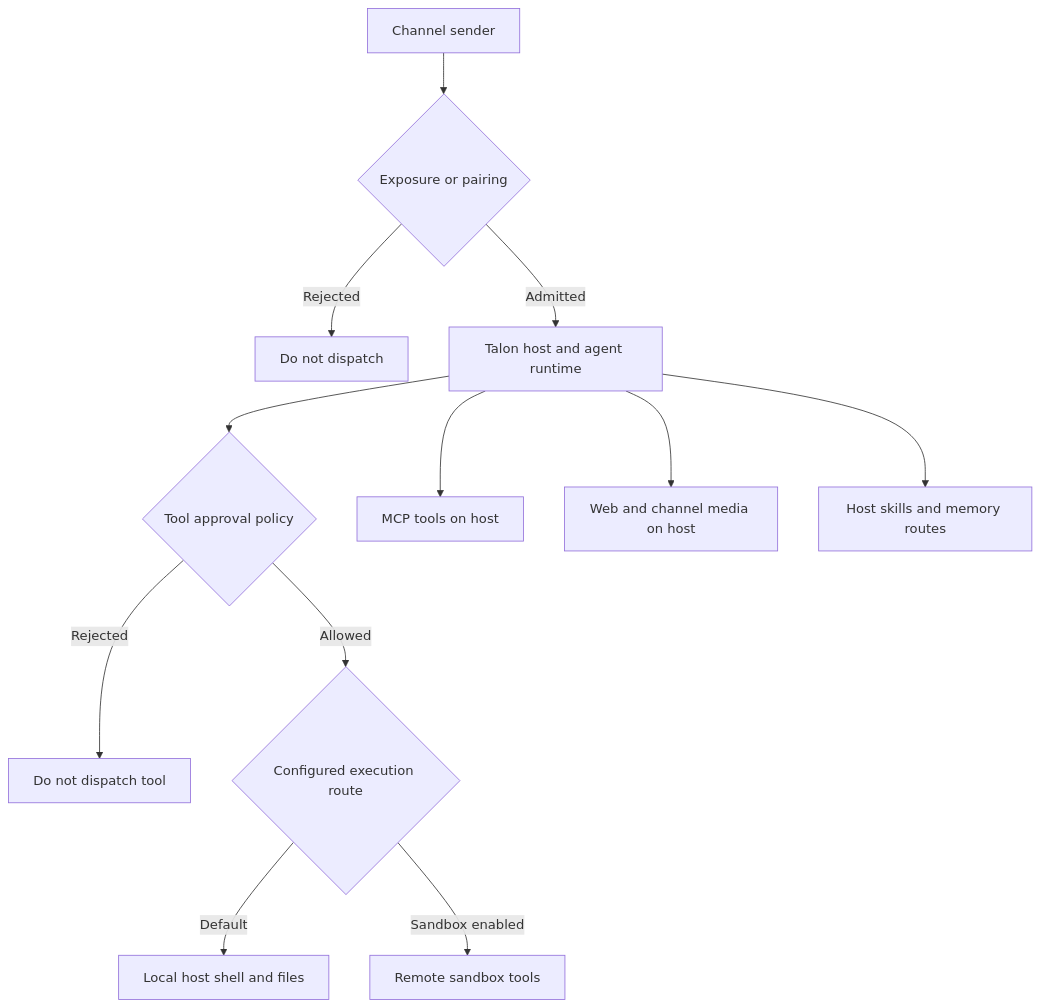
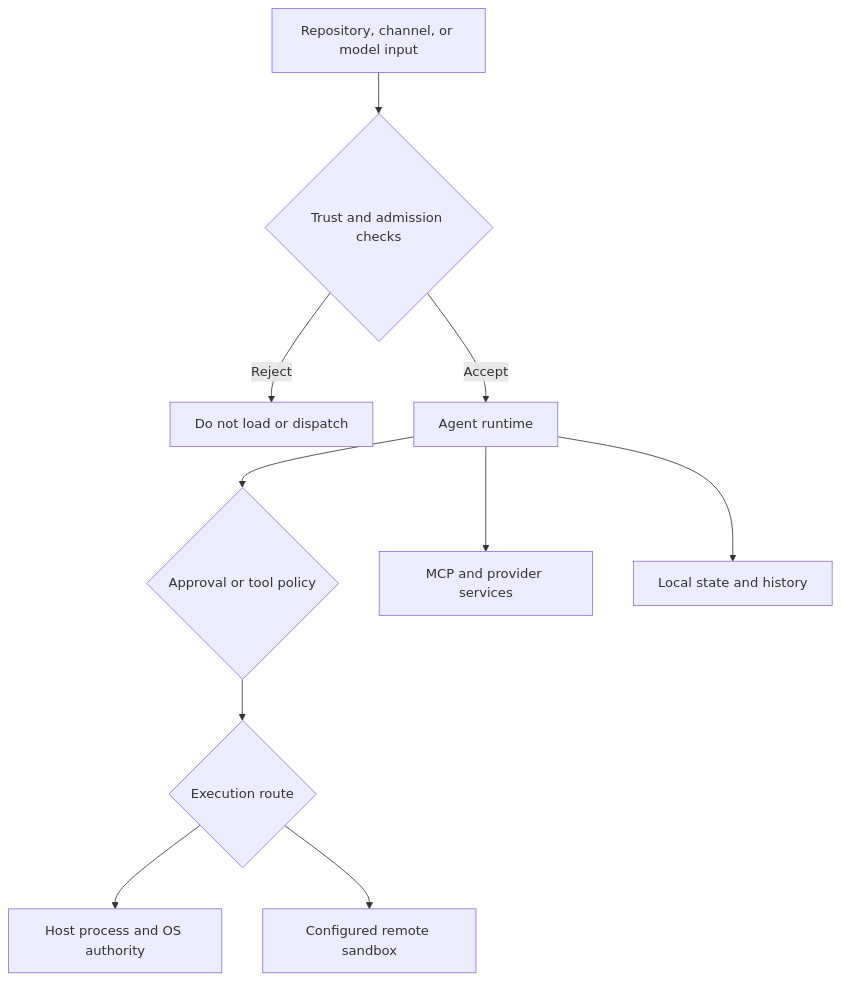
Before and after one commit to langchain-ai/deepagents: the diagram in openwiki/operations/security.md, drawn with Mermaid. The commit also changed other lines of this file and 41 other files, not shown here.

````diff
--- a/openwiki/operations/security.md
+++ b/openwiki/operations/security.md
@@ -51,14 +69,12 @@
 ```mermaid
 flowchart TD
-    Sender["Channel sender"] --> Admission{"Exposure or pairing"}
-    Admission -->|"Rejected"| Drop["Do not dispatch"]
-    Admission -->|"Admitted"| Host["Talon host and agent runtime"]
-    Host --> Approval{"Tool approval policy"}
-    Approval -->|"Rejected"| Stop["Do not dispatch tool"]
-    Approval -->|"Allowed"| Route{"Configured execution route"}
-    Route -->|"Default"| Local["Local host shell and files"]
-    Route -->|"Sandbox enabled"| Remote["Remote sandbox tools"]
-    Host --> MCP["MCP tools on host"]
-    Host --> Web["Web and channel media on host"]
-    Host --> Memory["Host skills and memory routes"]
+    Input["Repository, channel, or model input"] --> Gate{"Trust and admission checks"}
+    Gate -->|"Reject"| Drop["Do not load or dispatch"]
+    Gate -->|"Accept"| Agent["Agent runtime"]
+    Agent --> Policy{"Approval or tool policy"}
+    Policy --> Exec{"Execution route"}
+    Exec --> Host["Host process and OS authority"]
+    Exec --> Sand["Configured remote sandbox"]
+    Agent --> External["MCP and provider services"]
+    Agent --> State["Local state and history"]
 ```
````
